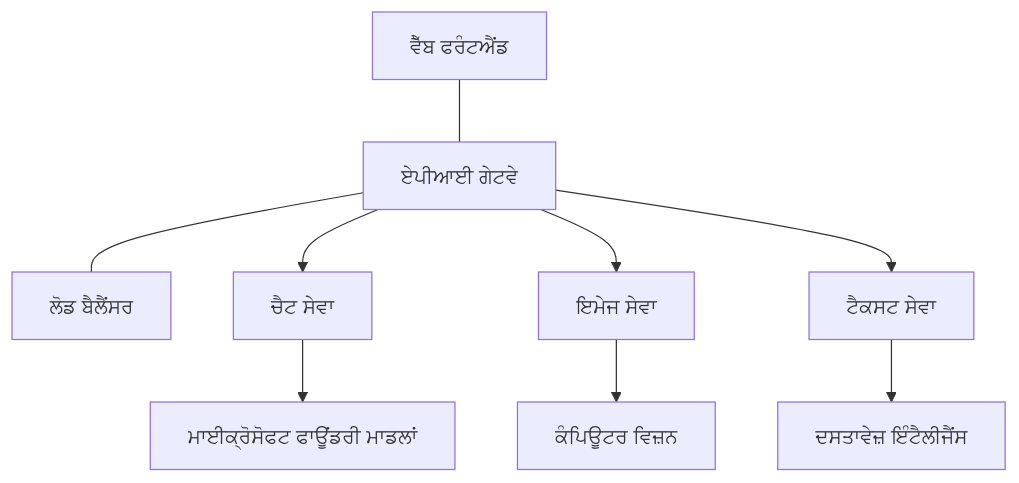
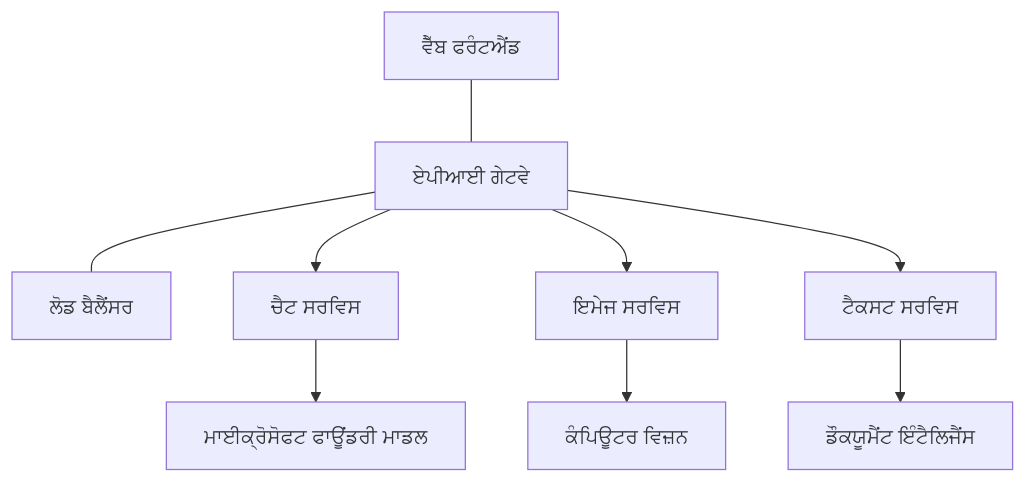
The diagram in translations/pa/docs/chapter-08-production/production-ai-practices.md (microsoft/AZD-for-beginners), drawn with Mermaid before and after one commit. The commit also changed other lines of this file and 104 other files, not shown here.

````diff
--- a/translations/pa/docs/chapter-08-production/production-ai-practices.md
+++ b/translations/pa/docs/chapter-08-production/production-ai-practices.md
@@ -30,10 +30,10 @@
 ```mermaid
 graph TD
     Frontend[ਵੈੱਬ ਫਰੰਟਐਂਡ] --- Gateway[ਏਪੀਆਈ ਗੇਟਵੇ] --- LB[ਲੋਡ ਬੈਲੈਂਸਰ]
-    Gateway --> Chat[ਚੈਟ ਸੇਵਾ]
-    Gateway --> Image[ਇਮੇਜ ਸੇਵਾ]
-    Gateway --> Text[ਟੈਕਸਟ ਸੇਵਾ]
-    Chat --> OpenAI[ਮਾਈਕ੍ਰੋਸੋਫਟ ਫਾਊਂਡਰੀ ਮਾਡਲਾਂ]
+    Gateway --> Chat[ਚੈਟ ਸਰਵਿਸ]
+    Gateway --> Image[ਇਮੇਜ ਸਰਵਿਸ]
+    Gateway --> Text[ਟੈਕਸਟ ਸਰਵਿਸ]
+    Chat --> OpenAI[ਮਾਈਕ੍ਰੋਸੋਫਟ ਫਾਊਂਡਰੀ ਮਾਡਲ]
     Image --> Vision[ਕੰਪਿਊਟਰ ਵਿਜ਼ਨ]
-    Text --> DocIntel[ਦਸਤਾਵੇਜ਼ ਇੰਟੈਲੀਜੈਂਸ]
+    Text --> DocIntel[ਡੌਕਯੂਮੈਂਟ ਇੰਟੈਲਿਜੈਂਸ]
 ```
````
